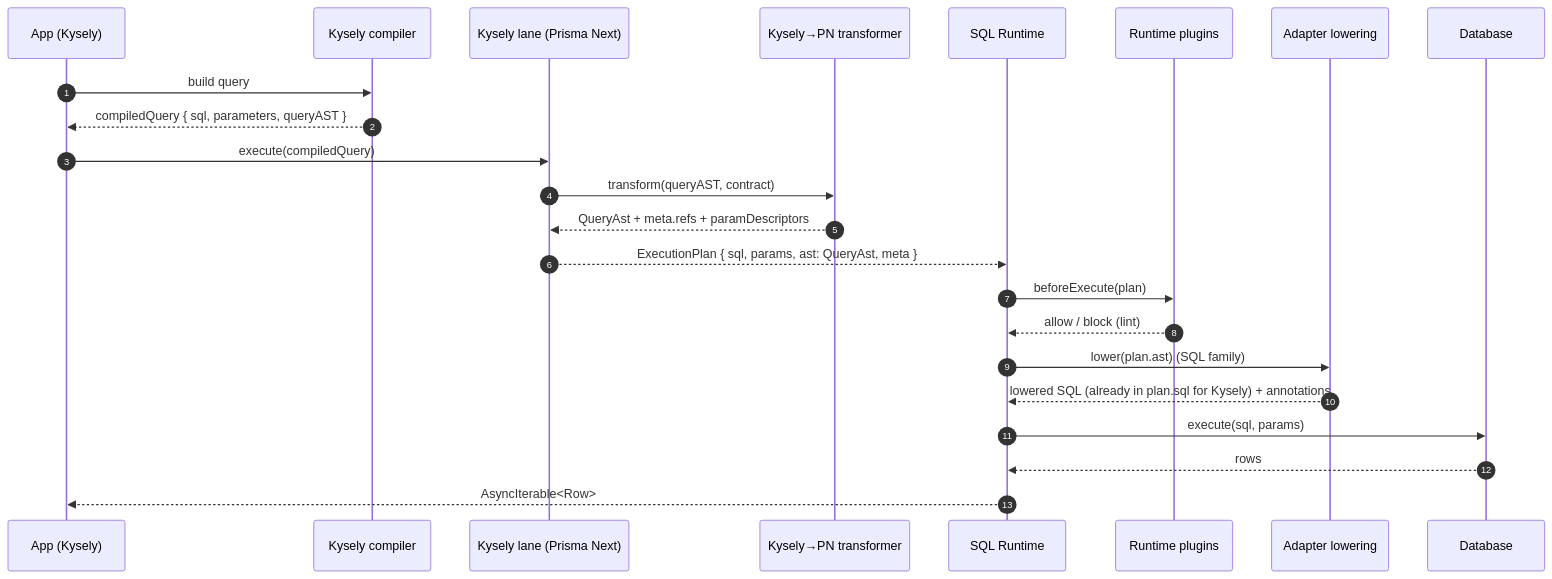
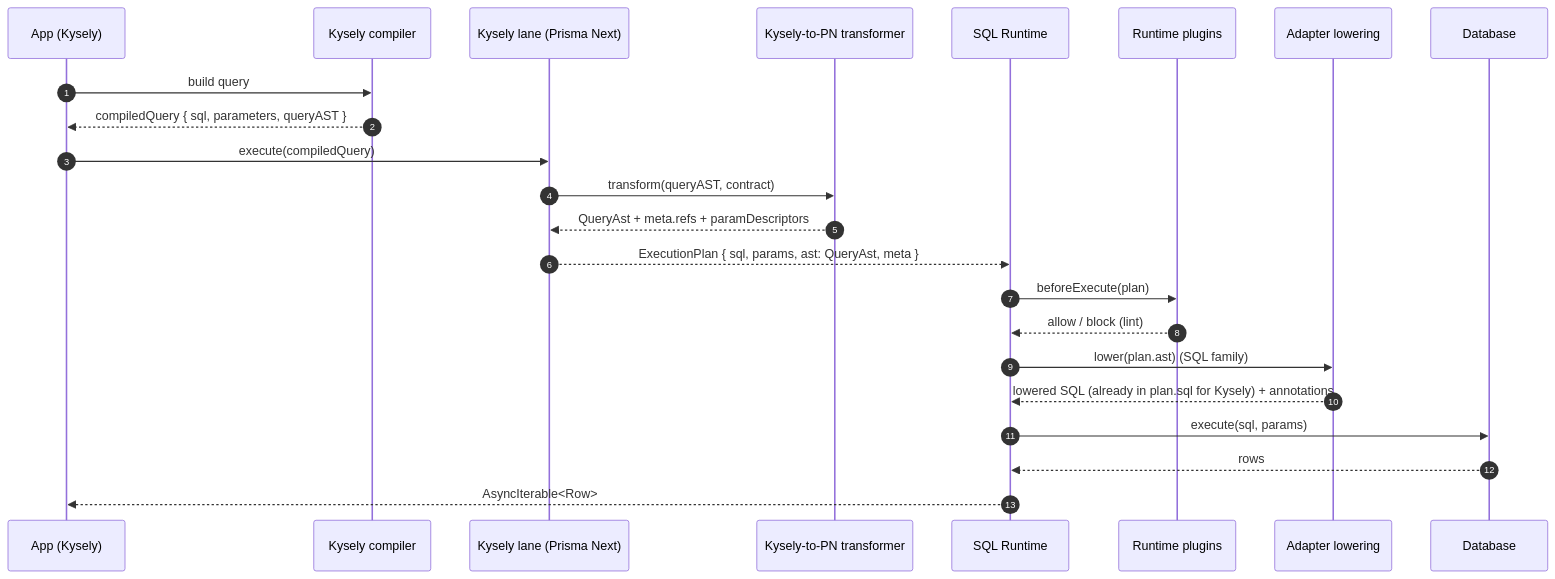
The diagram in docs/architecture docs/adrs/ADR 160 - Kysely lane emits PN SQL AST.md (prisma/prisma-next), drawn with Mermaid before and after one commit. The commit also changed 2 other files, not shown here.

Commit message:
docs: ASCII Mermaid labels, direction TB in subgraphs, shorten Plan node
- A-024: Kysely-to-PN transformer (ASCII-only) in ADR 160
- A-025: Shorten Plan node label in Query Lanes doc
- A-026: Add direction TB in integration-kysely README subgraphs

````diff
--- a/docs/architecture docs/adrs/ADR 160 - Kysely lane emits PN SQL AST.md
+++ b/docs/architecture docs/adrs/ADR 160 - Kysely lane emits PN SQL AST.md
@@ -3,28 +3,28 @@
 ```mermaid
 sequenceDiagram
   autonumber
   participant App as App (Kysely)
   participant Kysely as Kysely compiler
   participant Lane as Kysely lane (Prisma Next)
-  participant Xform as Kysely→PN transformer
+  participant Xform as Kysely-to-PN transformer
   participant RT as SQL Runtime
   participant Plug as Runtime plugins
   participant Adp as Adapter lowering
   participant DB as Database
 
   App->>Kysely: build query
   Kysely-->>App: compiledQuery { sql, parameters, queryAST }
 
   App->>Lane: execute(compiledQuery)
   Lane->>Xform: transform(queryAST, contract)
   Xform-->>Lane: QueryAst + meta.refs + paramDescriptors
   Lane-->>RT: ExecutionPlan { sql, params, ast: QueryAst, meta }
 
   RT->>Plug: beforeExecute(plan)
   Plug-->>RT: allow / block (lint)
   RT->>Adp: lower(plan.ast) (SQL family)
   Adp-->>RT: lowered SQL (already in plan.sql for Kysely) + annotations
   RT->>DB: execute(sql, params)
   DB-->>RT: rows
   RT-->>App: AsyncIterable<Row>
 ```
````
